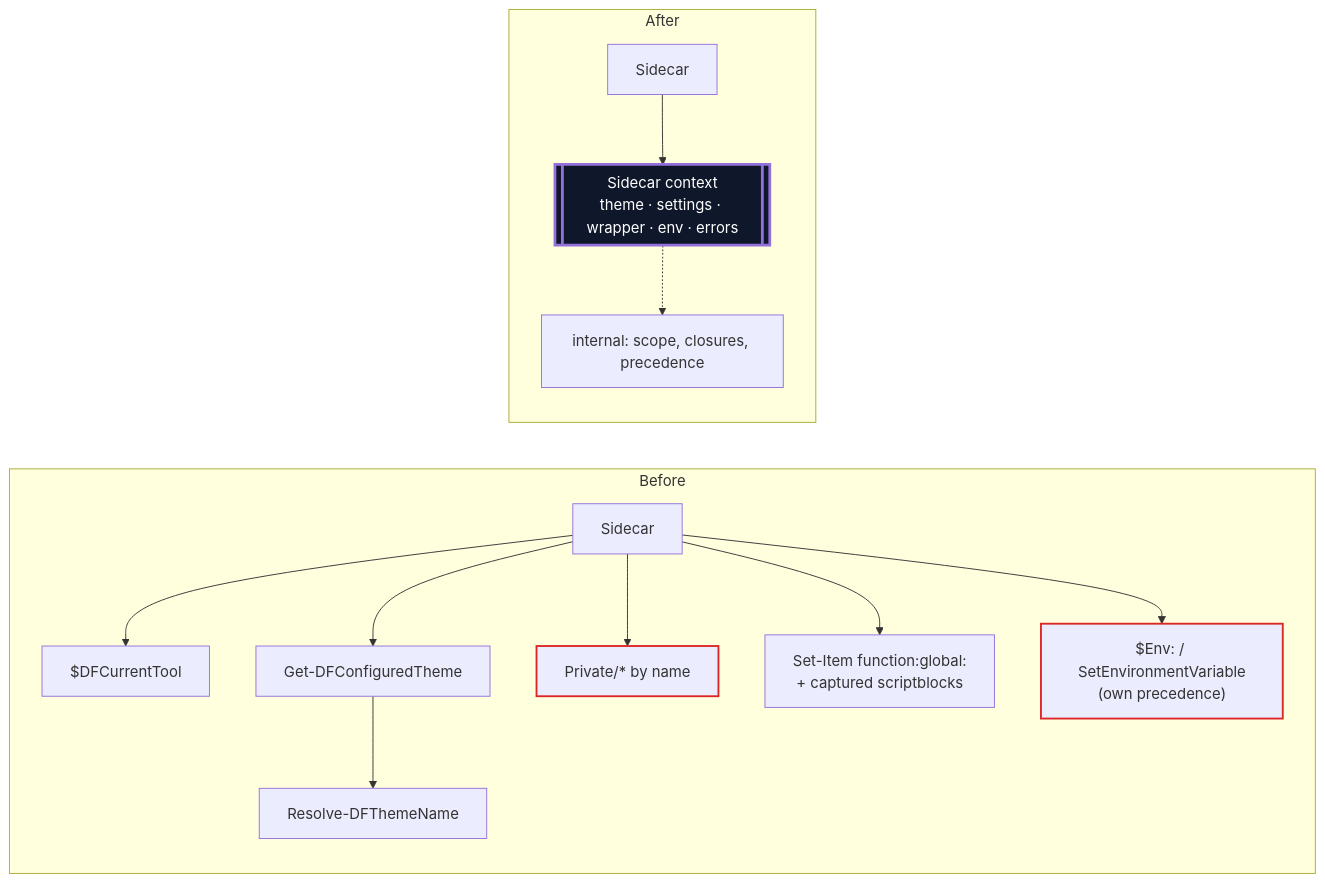
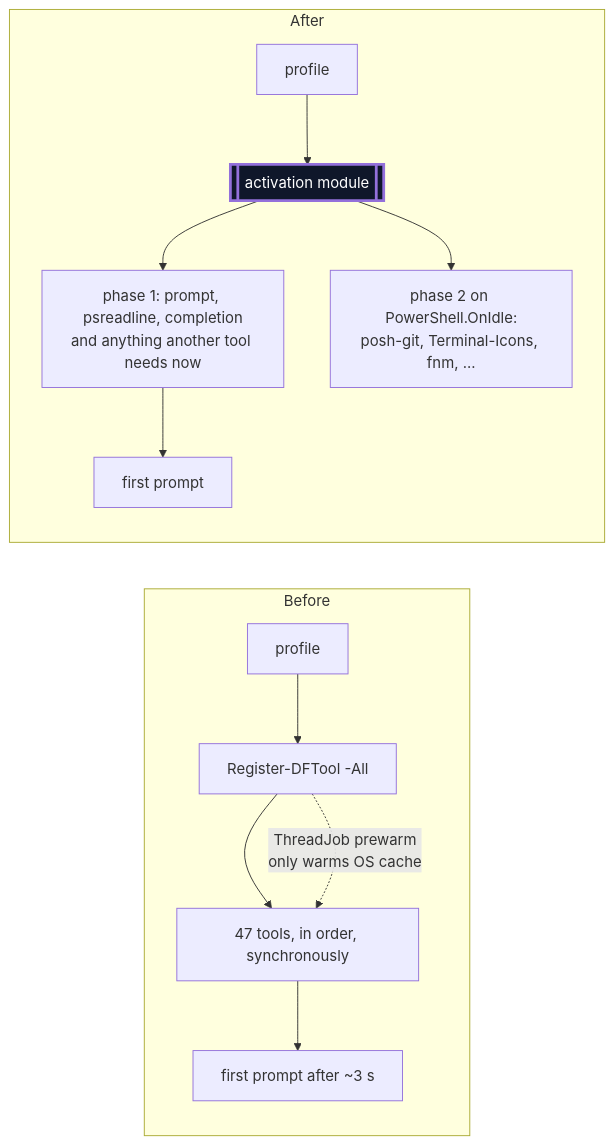
Before and after one commit to simsrw73/DotForge: the first of 6 diagrams in arch-imp-audit-(claude).md, drawn with Mermaid. The commit also changed other lines of this file and 2 other files, not shown here.

First line of the commit message:
docs: architecture review 2026-10-09 and opt-in tool selection spec

````diff
--- a/arch-imp-audit-(claude).md
+++ b/arch-imp-audit-(claude).md
@@ -74,18 +31,14 @@
 ```mermaid
 flowchart LR
   subgraph Before
-    S[Sidecar] --> A[$DFCurrentTool]
-    S --> T1[Get-DFConfiguredTheme] --> T2[Resolve-DFThemeName]
-    S --> P[Private/* by name]
-    S --> G["Set-Item function:global:<br/>+ captured scriptblocks"]
-    S --> E["$Env: / SetEnvironmentVariable<br/>(own precedence)"]
-    classDef leak stroke:#dc2626,stroke-width:2px;
-    class P,E leak
+    P[profile] --> R[Register-DFTool -All] --> T1[47 tools, in order, synchronously] --> PR[first prompt after ~3 s]
+    R -.ThreadJob prewarm<br/>only warms OS cache.-> T1
   end
   subgraph After
-    S2[Sidecar] --> C[[Sidecar context<br/>theme · settings · wrapper · env · errors]]
-    C -.-> I[internal: scope, closures, precedence]
-    classDef deep fill:#0f172a,color:#fff,stroke-width:3px;
-    class C deep
+    P2[profile] --> R2[[activation module]]
+    R2 --> N[phase 1: prompt, psreadline, completion<br/>and anything another tool needs now] --> PR2[first prompt]
+    R2 --> I[phase 2 on PowerShell.OnIdle:<br/>posh-git, Terminal-Icons, fnm, ...]
+    classDef deep fill:#0f172a,color:#fff,stroke-width:3px
+    class R2 deep
   end
 ```
````
